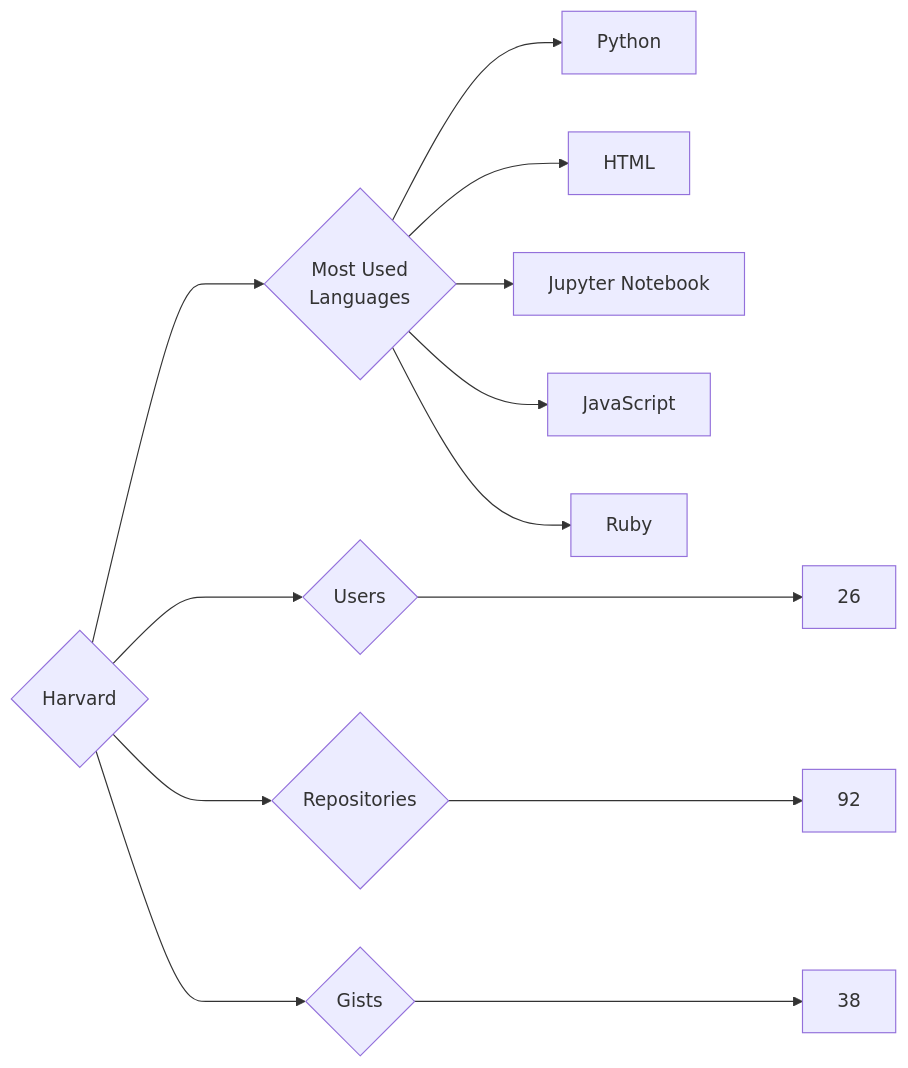
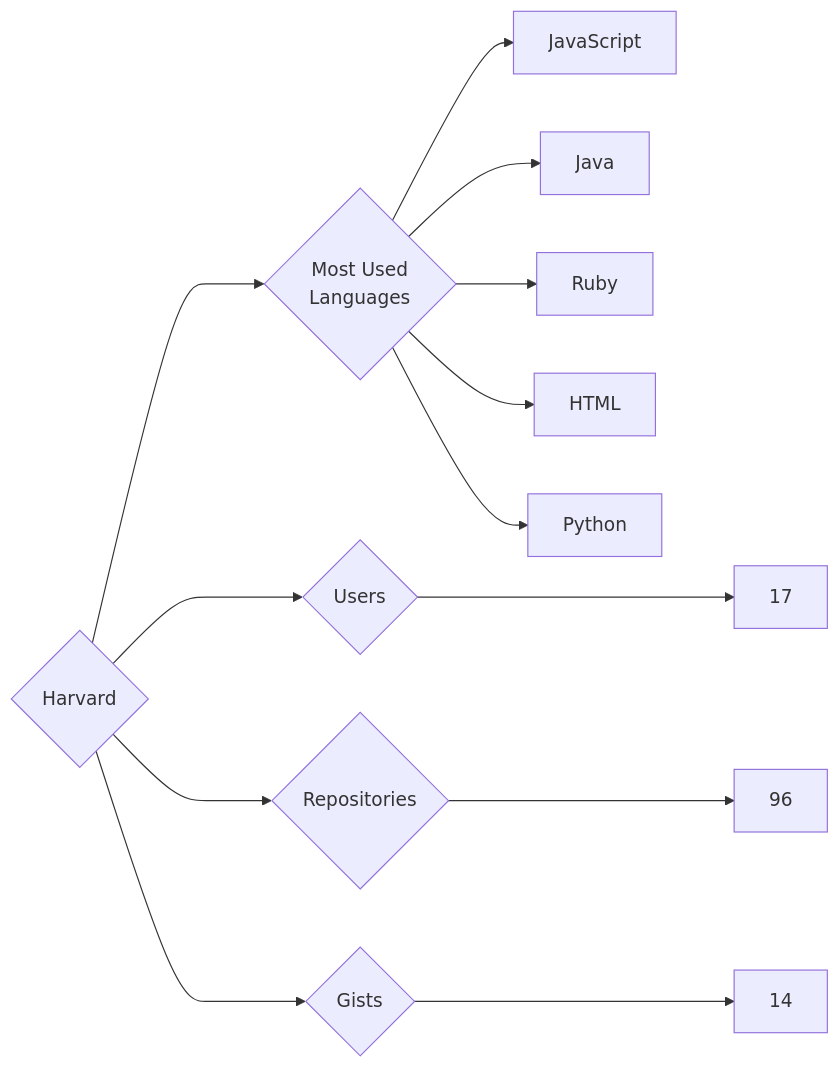
Before and after one commit to trickest/insiders: the diagram in targets/Harvard/README.md, drawn with Mermaid. The commit also changed 934 other files, not shown here.

````diff
--- a/targets/Harvard/README.md
+++ b/targets/Harvard/README.md
@@ -3,13 +3,13 @@
 ```mermaid
 graph LR
 COMPANY_NAME{Harvard}
-COMPANY_NAME ---> U{Users} ---> UN[26]
-COMPANY_NAME ---> R{Repositories} ---> RN[92]
-COMPANY_NAME ---> G{Gists} ---> GN[38]
+COMPANY_NAME ---> U{Users} ---> UN[17]
+COMPANY_NAME ---> R{Repositories} ---> RN[96]
+COMPANY_NAME ---> G{Gists} ---> GN[14]
 COMPANY_NAME ---> ML{Most Used<br>Languages}
+ML --> JavaScript[JavaScript]
+ML --> Java[Java]
+ML --> Ruby[Ruby]
+ML --> HTML[HTML]
 ML --> Python[Python]
-ML --> HTML[HTML]
-ML --> Jupyter_Notebook[Jupyter Notebook]
-ML --> JavaScript[JavaScript]
-ML --> Ruby[Ruby]
 ```
````
